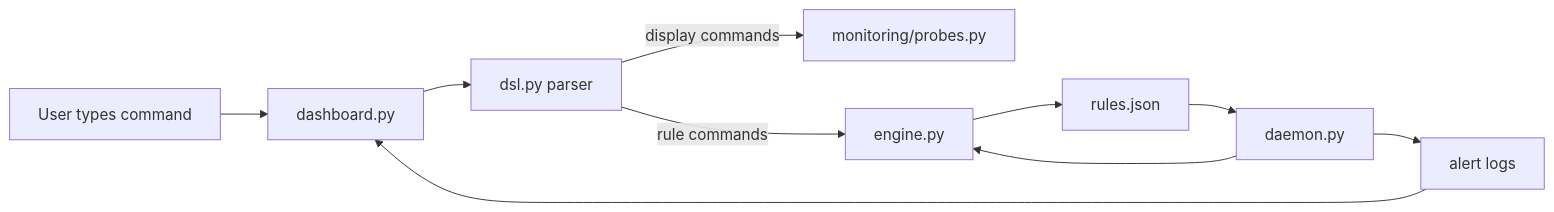
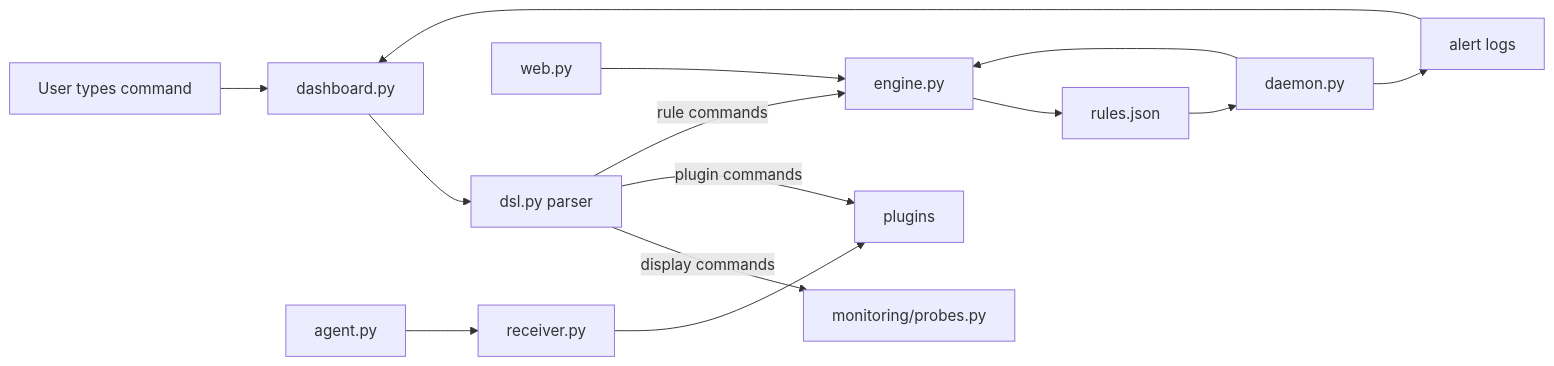
One commit to ArvindSagar65/nano-dsl changed the diagram in docs/file-roles-and-connections.md. Above: the diagram before and after it, drawn with Mermaid. The commit also changed other lines of this file and 31 other files, not shown here.

First line of the commit message:
Merge plugin, web, and EC2 agent support into nano-dsl.

````diff
--- a/docs/file-roles-and-connections.md
+++ b/docs/file-roles-and-connections.md
@@ -192,12 +210,16 @@
 ```mermaid
 flowchart LR
     U[User types command] --> D[dashboard.py]
     D --> S[dsl.py parser]
     S -->|display commands| P[monitoring/probes.py]
+    S -->|plugin commands| PL[plugins]
     S -->|rule commands| E[engine.py]
     E --> F[rules.json]
     F --> G[daemon.py]
     G --> E
     G --> L[alert logs]
     L --> D
+    W[web.py] --> E
+    A[agent.py] --> R[receiver.py]
+    R --> PL
 ```
````
